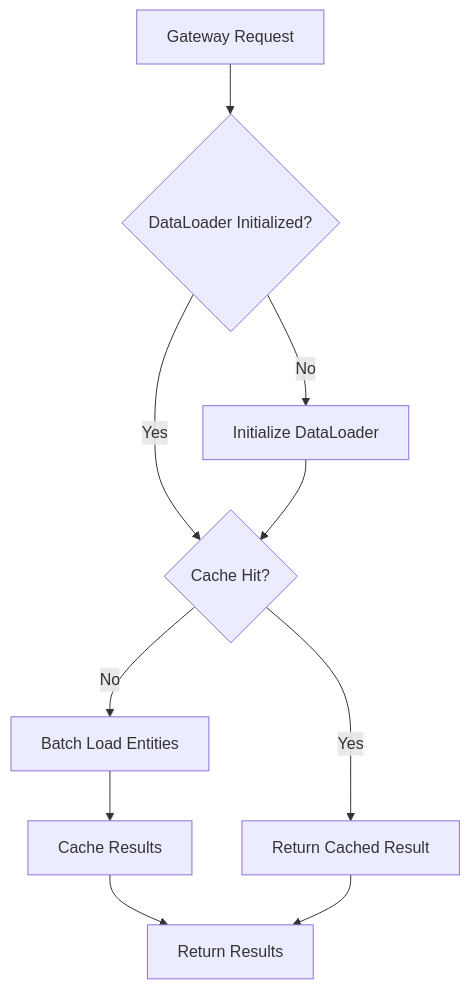
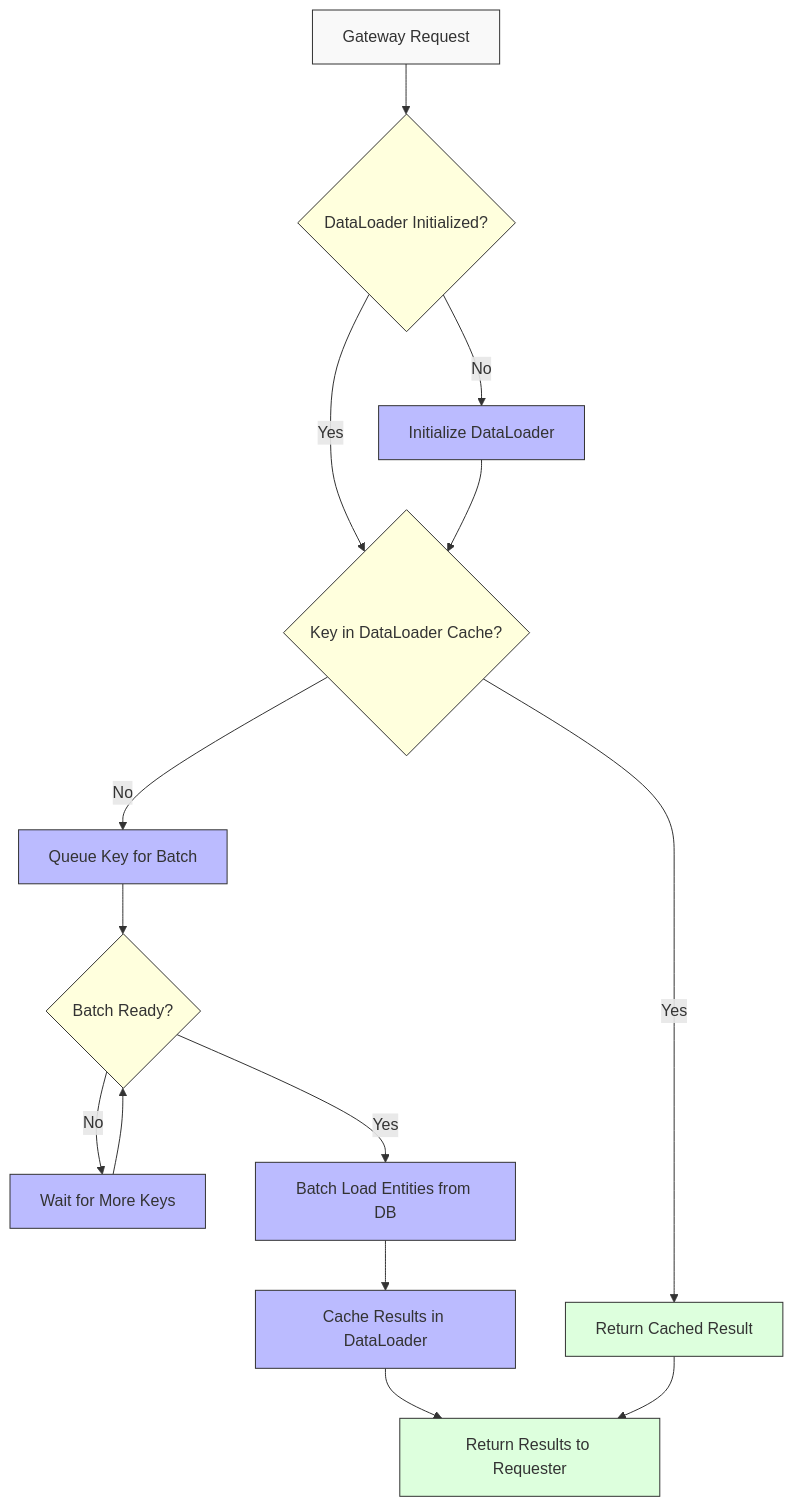
One commit to vinodhj/graphql-gateway-microservices changed the second of 3 diagrams in docs/tdd/lld.md. Above: the diagram before and after it, drawn with Mermaid. The commit also changed other lines of this file and 5 other files, not shown here.

Commit message:
docs diagram updated

````diff
--- a/docs/tdd/lld.md
+++ b/docs/tdd/lld.md
@@ -152,12 +152,26 @@
 ```mermaid
 flowchart TD
     A[Gateway Request] --> B{DataLoader Initialized?}
     B -- No --> C[Initialize DataLoader]
-    B -- Yes --> D{Cache Hit?}
+    B -- Yes --> D{Key in DataLoader Cache?}
     C --> D
     D -- Yes --> E[Return Cached Result]
-    D -- No --> F[Batch Load Entities]
-    F --> G[Cache Results]
-    G --> H[Return Results]
-    E --> H
+    D -- No --> F[Queue Key for Batch]
+    F --> G{Batch Ready?}
+    G -- No --> H[Wait for More Keys]
+    G -- Yes --> I[Batch Load Entities from DB]
+    H --> G
+    I --> J[Cache Results in DataLoader]
+    J --> K[Return Results to Requester]
+    E --> K
+
+    classDef start fill:#f9f9f9,stroke:#333,stroke-width:1px
+    classDef process fill:#bbf,stroke:#333,stroke-width:1px
+    classDef decision fill:#ffd,stroke:#333,stroke-width:1px
+    classDef endNode fill:#dfd,stroke:#333,stroke-width:1px
+
+    class A start
+    class B,D,G decision
+    class C,F,H,I,J process
+    class E,K endNode
 ```
````
